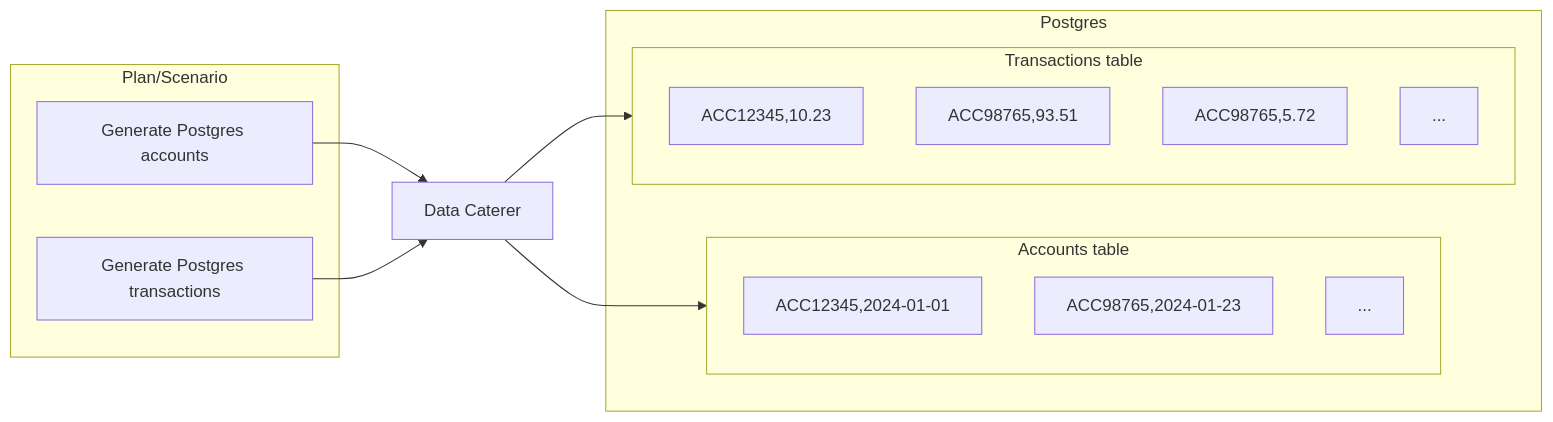
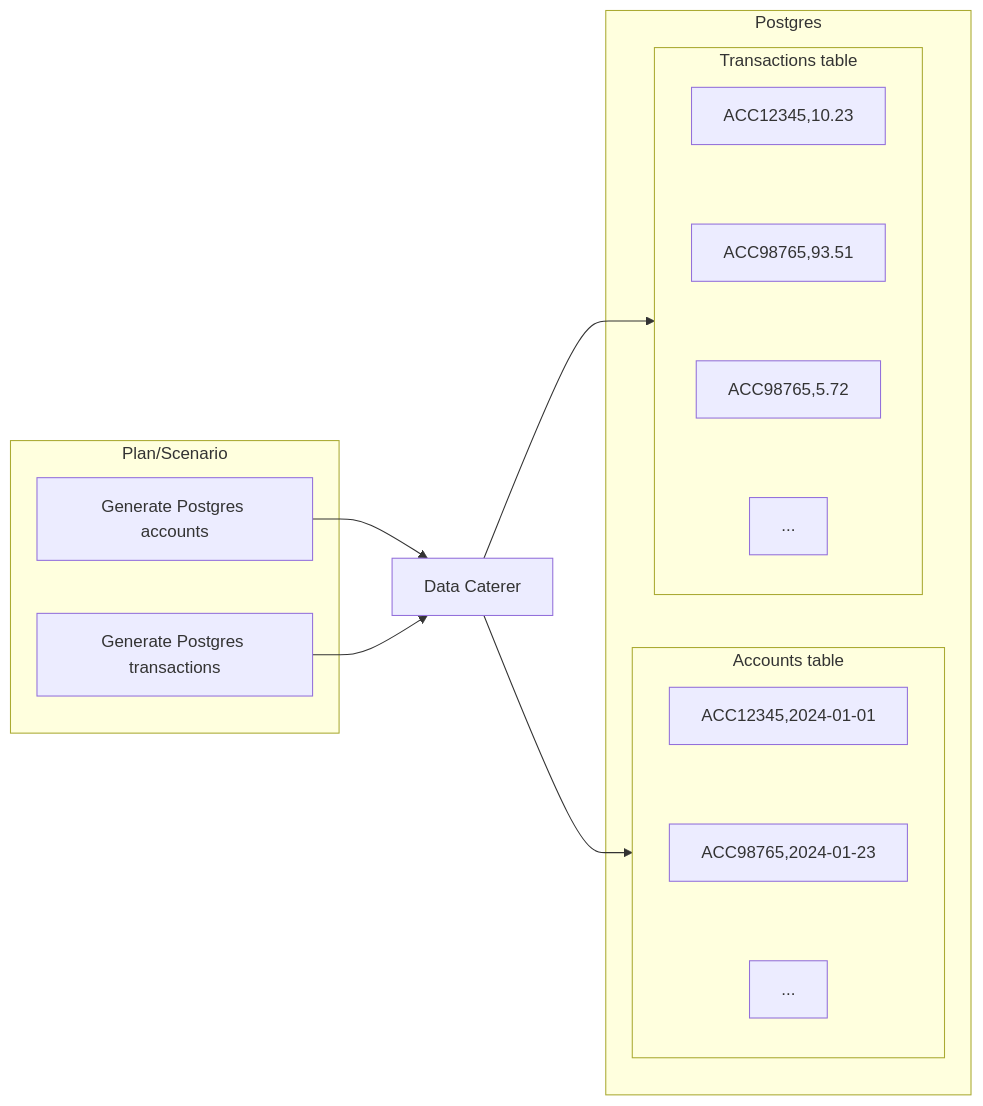
The first of 2 diagrams in docs/setup/delete-data.md (data-catering/data-caterer-docs), drawn with Mermaid before and after one commit. The commit also changed other lines of this file and 3 other files, not shown here.

Commit message:
Fix mermaid diagrams for delete data

````diff
--- a/docs/setup/delete-data.md
+++ b/docs/setup/delete-data.md
@@ -32,28 +37,28 @@
 ``` mermaid
 graph LR
   subgraph plan ["Plan/Scenario"]
     postgresAccount["Generate Postgres accounts"]
     postgresTransaction["Generate Postgres transactions"]
   end
   
   dataCaterer["Data Caterer"]
   
   subgraph postgres ["Postgres"]
     subgraph postgresAccTable ["Accounts table"]
-      accountA["ACC12345,2024-01-01"]
-      accountB["ACC98765,2024-01-23"]
+      accountA["ACC12345,2024-01-01"] ~~~
+      accountB["ACC98765,2024-01-23"] ~~~
       accountC["..."]
     end
     subgraph postgresTxnTable ["Transactions table"]
-      accountATxn["ACC12345,10.23"]
-      accountBTxn["ACC98765,93.51"]
-      accountCTxn["ACC98765,5.72"]
+      accountATxn["ACC12345,10.23"] ~~~
+      accountBTxn["ACC98765,93.51"] ~~~
+      accountCTxn["ACC98765,5.72"] ~~~
       accountDTxn["..."]
     end
   end
   
   postgresAccount --> dataCaterer
   postgresTransaction --> dataCaterer
   dataCaterer --> postgresAccTable
   dataCaterer --> postgresTxnTable
 ```
````
